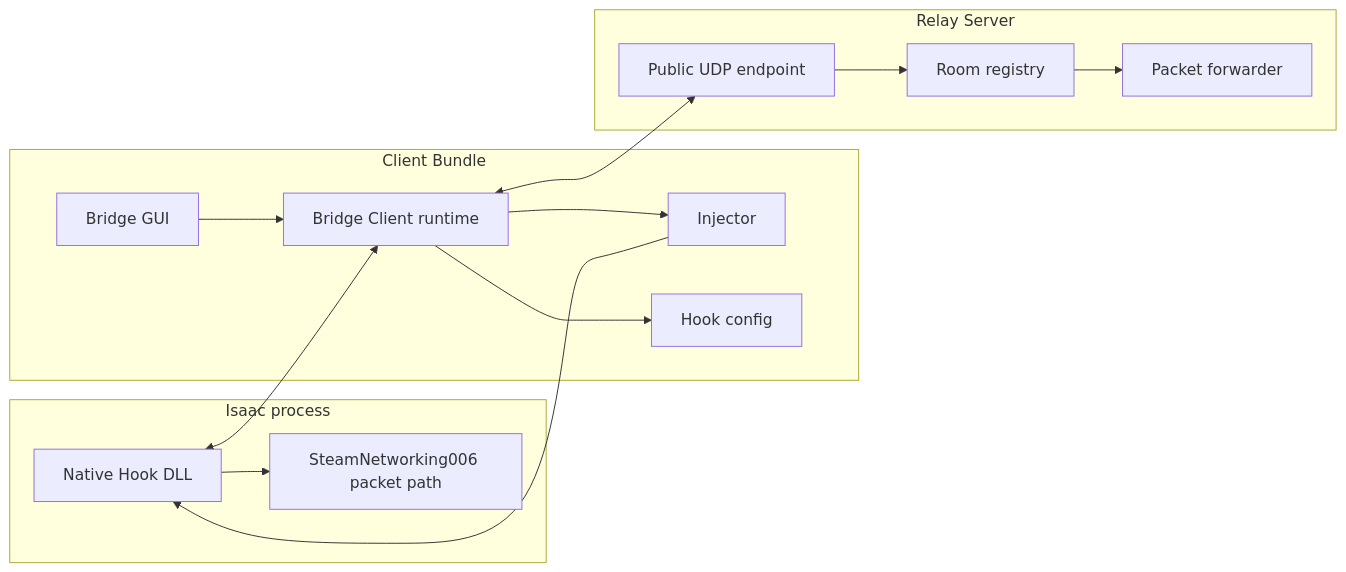
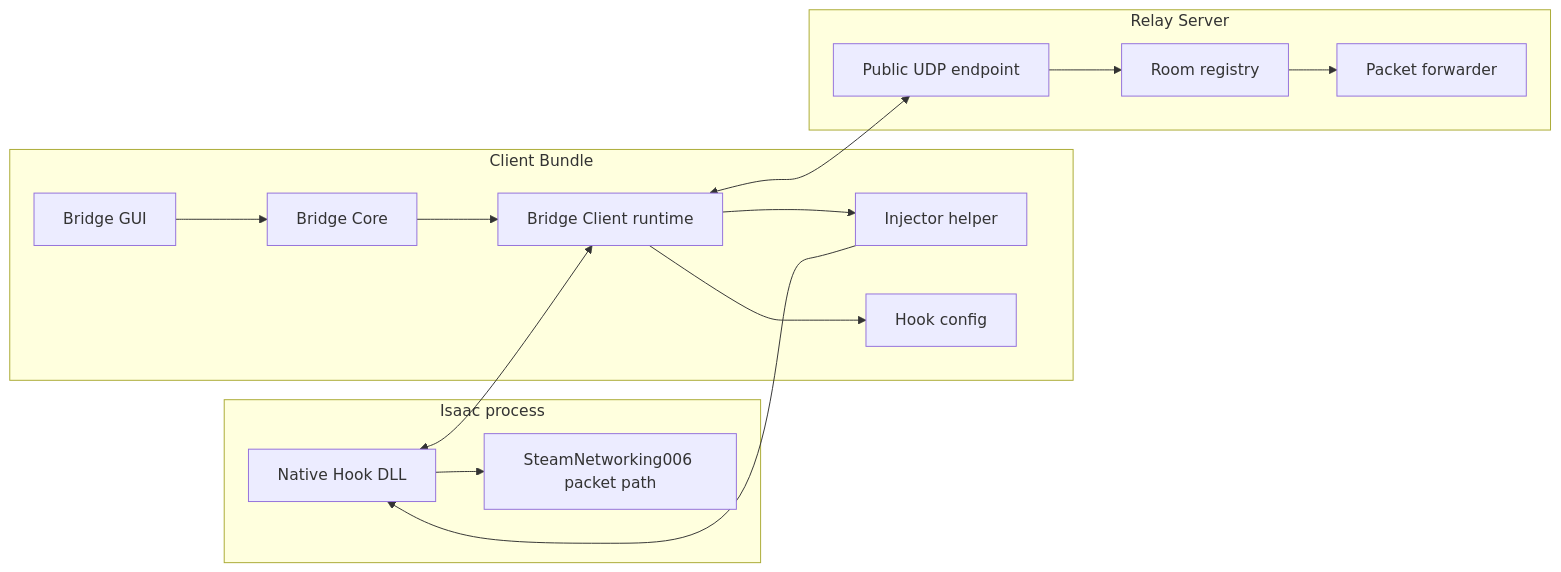
The diagram in docs/architecture.md (mcthesw/TractorBeam), drawn with Mermaid before and after one commit. The commit also changed other lines of this file and 7 other files, not shown here.

Commit message:
docs: align Phase 1 roadmap and relay guidance

````diff
--- a/docs/architecture.md
+++ b/docs/architecture.md
@@ -6,30 +6,32 @@
 ```mermaid
 flowchart LR
     subgraph Isaac["Isaac process"]
         Hook["Native Hook DLL"]
         SteamPath["SteamNetworking006 packet path"]
         Hook --> SteamPath
     end
 
     subgraph Bundle["Client Bundle"]
         Gui["Bridge GUI"]
+        Core["Bridge Core"]
         Client["Bridge Client runtime"]
-        Injector["Injector"]
+        Injector["Injector helper"]
         Config["Hook config"]
-        Gui --> Client
+        Gui --> Core
+        Core --> Client
         Client --> Config
         Client --> Injector
     end
 
     subgraph Relay["Relay Server"]
         Udp["Public UDP endpoint"]
         Rooms["Room registry"]
         Forwarder["Packet forwarder"]
         Udp --> Rooms
         Rooms --> Forwarder
     end
 
     Hook <--> Client
     Client <--> Udp
     Injector --> Hook
 ```
````
